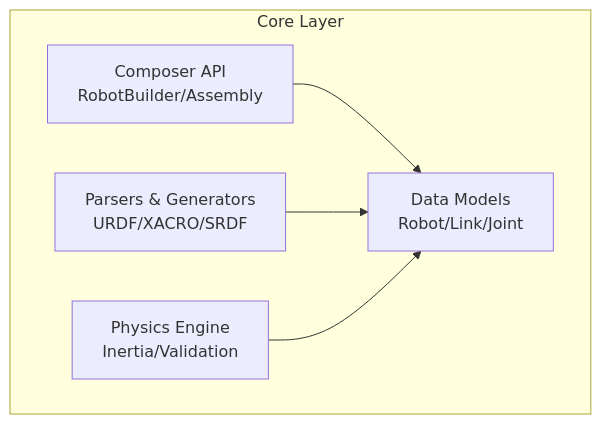
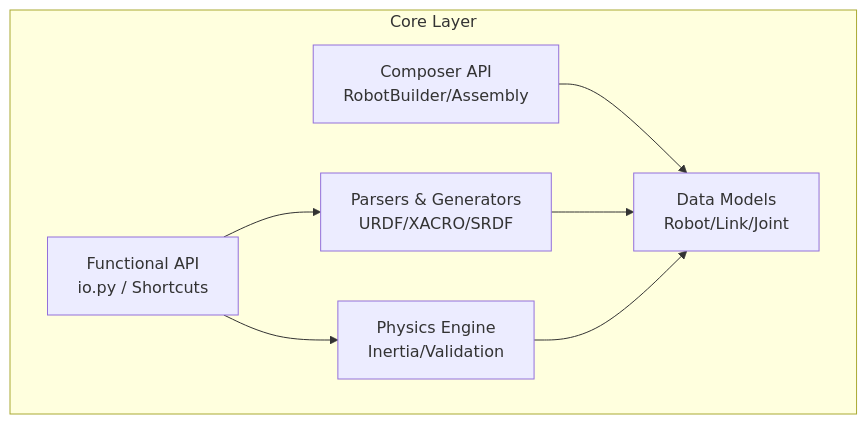
Before and after one commit to arounamounchili/linkforge: the second of 3 diagrams in ARCHITECTURE.md, drawn with Mermaid. The commit also changed other lines of this file and 237 other files, not shown here.

````diff
--- a/ARCHITECTURE.md
+++ b/ARCHITECTURE.md
@@ -32,12 +32,15 @@
 ```mermaid
 graph TB
     subgraph "Core Layer"
         Models[Data Models<br/>Robot/Link/Joint]
         Composer[Composer API<br/>RobotBuilder/Assembly]
         Physics[Physics Engine<br/>Inertia/Validation]
         IO[Parsers & Generators<br/>URDF/XACRO/SRDF]
+        Shortcuts[Functional API<br/>io.py / Shortcuts]
     end
     Composer --> Models
     IO --> Models
     Physics --> Models
+    Shortcuts --> IO
+    Shortcuts --> Physics
 ```
````
